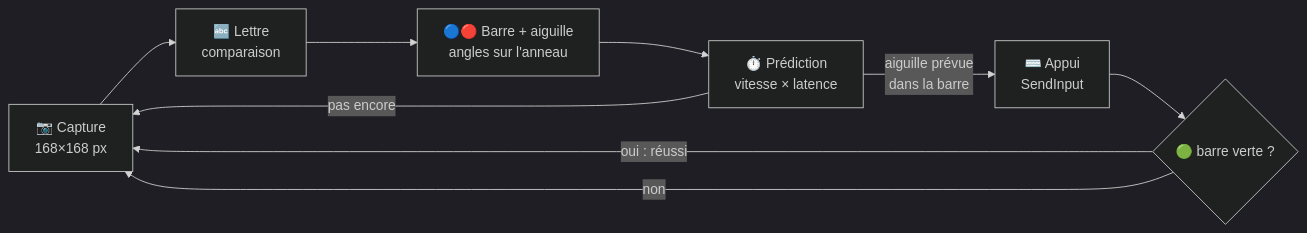
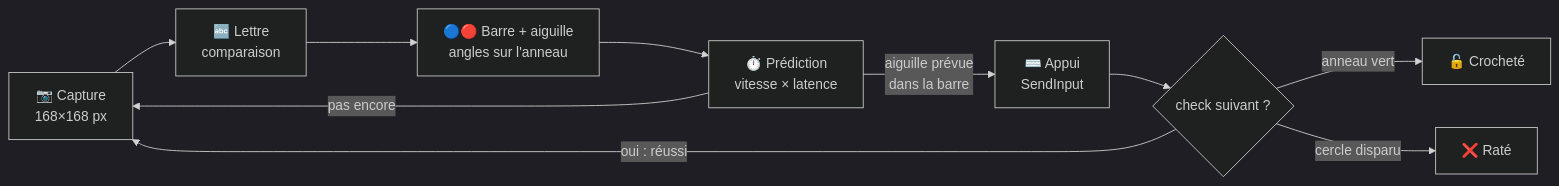
The diagram in README.md (vortexturize-ai/Crochetage), drawn with Mermaid (dark theme) before and after one commit. The commit also changed other lines of this file and 23 other files, not shown here.

````diff
--- a/README.md
+++ b/README.md
@@ -70,11 +71,12 @@
 ```mermaid
 flowchart LR
     A["📷 Capture<br/>168×168 px"] --> B["🔤 Lettre<br/>comparaison"]
     B --> C["🔵🔴 Barre + aiguille<br/>angles sur l'anneau"]
     C --> D["⏱️ Prédiction<br/>vitesse × latence"]
     D -->|"aiguille prévue<br/>dans la barre"| E["⌨️ Appui<br/>SendInput"]
     D -->|"pas encore"| A
-    E --> F{"🟢 barre verte ?"}
+    E --> F{"check suivant ?"}
     F -->|"oui : réussi"| A
-    F -->|"non"| A
+    F -->|"anneau vert"| G["🔓 Crocheté"]
+    F -->|"cercle disparu"| H["❌ Raté"]
 ```
````
